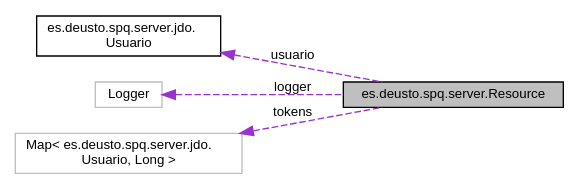
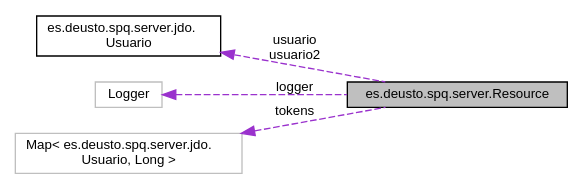
One commit to benatbarrueta/gestionEventos changed the diagram in classes_1_1deusto_1_1spq_1_1server_1_1_resource__coll__graph.dot. Above: the diagram before and after it, drawn with Graphviz. The commit also changed 114 other files, not shown here.

```diff
--- a/classes_1_1deusto_1_1spq_1_1server_1_1_resource__coll__graph.dot
+++ b/classes_1_1deusto_1_1spq_1_1server_1_1_resource__coll__graph.dot
@@ -1,14 +1,14 @@
 digraph "es.deusto.spq.server.Resource"
 {
  // LATEX_PDF_SIZE
   edge [fontname="Helvetica",fontsize="10",labelfontname="Helvetica",labelfontsize="10"];
   node [fontname="Helvetica",fontsize="10",shape=record];
   rankdir="LR";
   Node1 [label="es.deusto.spq.server.Resource",height=0.2,width=0.4,color="black", fillcolor="grey75", style="filled", fontcolor="black",tooltip=" "];
-  Node2 -> Node1 [dir="back",color="darkorchid3",fontsize="10",style="dashed",label=" usuario" ,fontname="Helvetica"];
+  Node2 -> Node1 [dir="back",color="darkorchid3",fontsize="10",style="dashed",label=" usuario\nusuario2" ,fontname="Helvetica"];
   Node2 [label="es.deusto.spq.server.jdo.\lUsuario",height=0.2,width=0.4,color="black", fillcolor="white", style="filled",URL="$classes_1_1deusto_1_1spq_1_1server_1_1jdo_1_1_usuario.html",tooltip=" "];
   Node3 -> Node1 [dir="back",color="darkorchid3",fontsize="10",style="dashed",label=" logger" ,fontname="Helvetica"];
   Node3 [label="Logger",height=0.2,width=0.4,color="grey75", fillcolor="white", style="filled",tooltip=" "];
   Node4 -> Node1 [dir="back",color="darkorchid3",fontsize="10",style="dashed",label=" tokens" ,fontname="Helvetica"];
   Node4 [label="Map\< es.deusto.spq.server.jdo.\lUsuario, Long \>",height=0.2,width=0.4,color="grey75", fillcolor="white", style="filled",tooltip=" "];
 }
```
